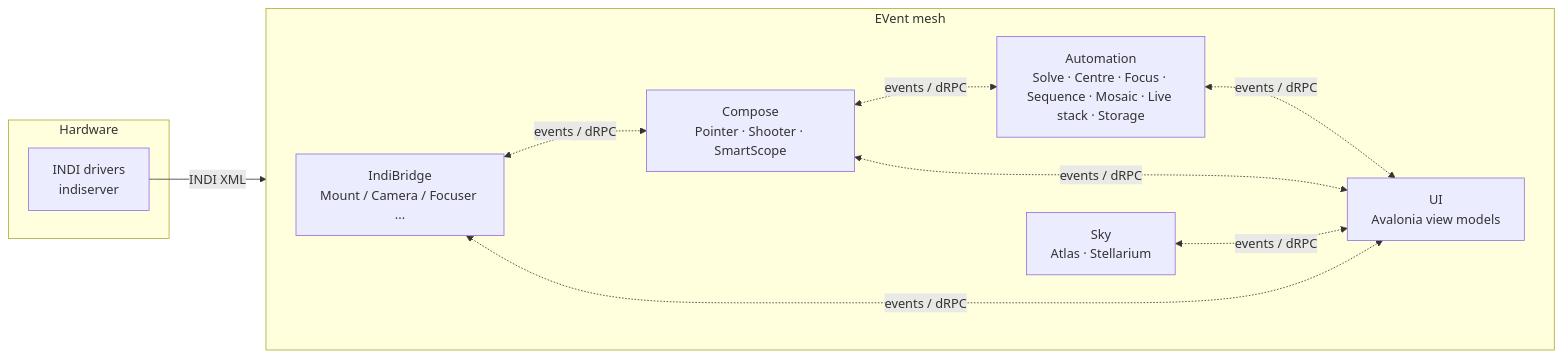
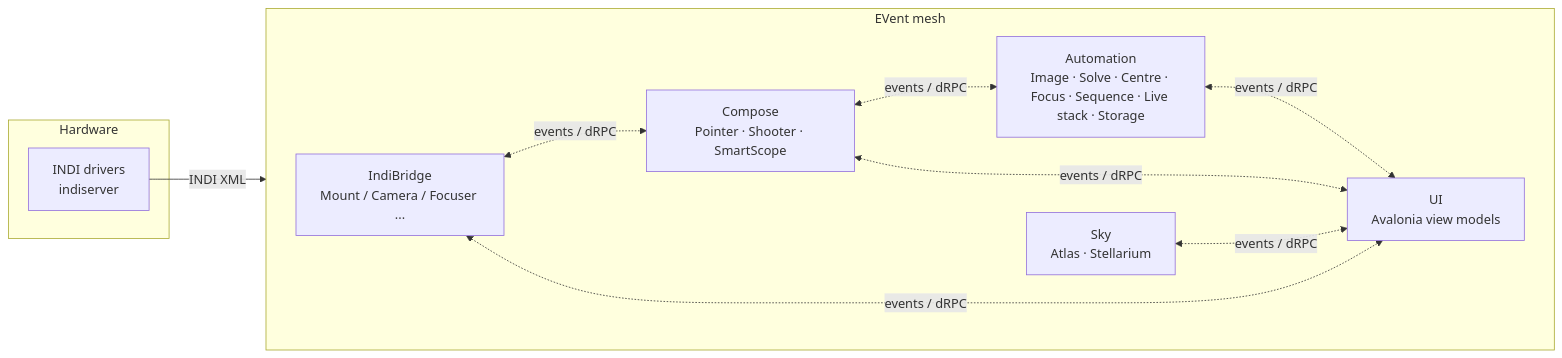
Before and after one commit to UltraGeekDEV/ELink-Astro: the first of 9 diagrams in docs/development.md, drawn with Mermaid. The commit also changed other lines of this file and 27 other files, not shown here.

````diff
--- a/docs/development.md
+++ b/docs/development.md
@@ -11,21 +11,21 @@
 ```mermaid
 flowchart LR
     subgraph HW[Hardware]
         D1[INDI drivers<br/>indiserver]
     end
     subgraph Mesh[EVent mesh]
         direction LR
         B[IndiBridge<br/>Mount / Camera / Focuser ...]
         C[Compose<br/>Pointer · Shooter · SmartScope]
-        A[Automation<br/>Solve · Centre · Focus · Sequence · Mosaic · Live stack · Storage]
+        A[Automation<br/>Image · Solve · Centre · Focus · Sequence · Live stack · Storage]
         S[Sky<br/>Atlas · Stellarium]
         U[UI<br/>Avalonia view models]
     end
     D1 -- INDI XML --> B
     B <-. events / dRPC .-> C
     C <-. events / dRPC .-> A
     A <-. events / dRPC .-> U
     C <-. events / dRPC .-> U
     S <-. events / dRPC .-> U
     B <-. events / dRPC .-> U
 ```
````
